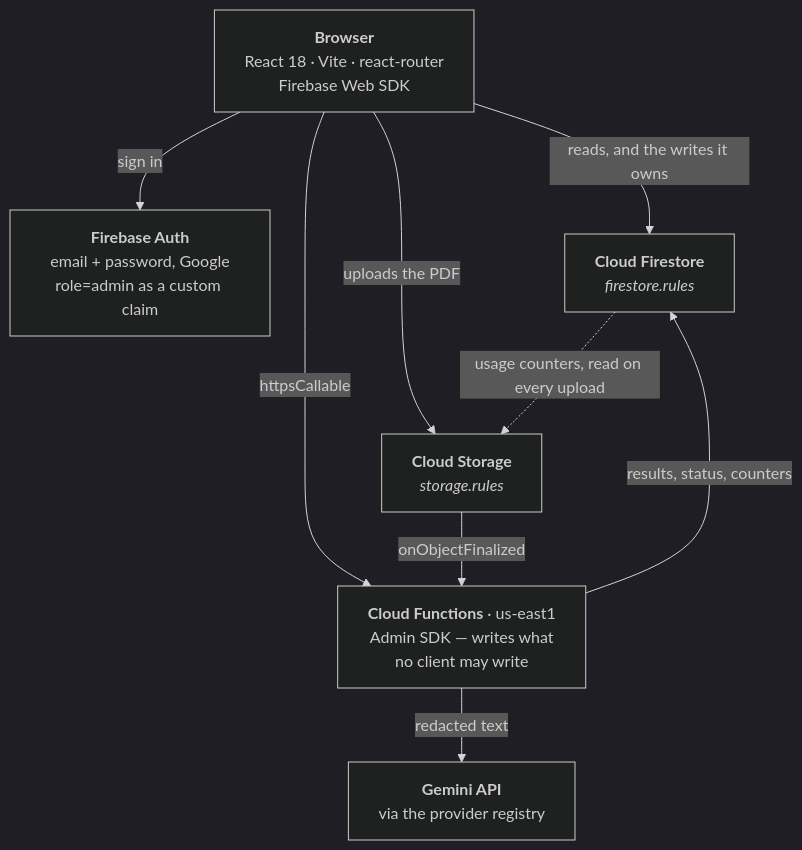
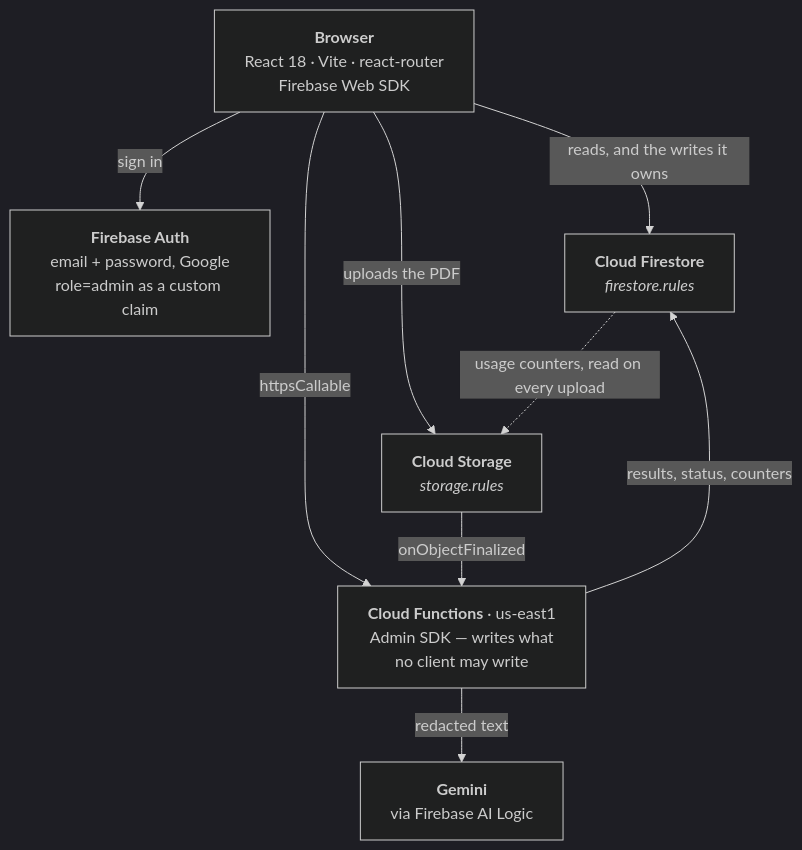
One commit to jestrade/lab-results changed the diagram in README.md. Above: the diagram before and after it, drawn with Mermaid (dark theme). The commit also changed other lines of this file and 14 other files, not shown here.

````diff
--- a/README.md
+++ b/README.md
@@ -43,15 +43,15 @@
 ```mermaid
 graph TD
   B["<b>Browser</b><br/>React 18 · Vite · react-router<br/>Firebase Web SDK"]
 
   B -->|"sign in"| AUTH["<b>Firebase Auth</b><br/>email + password, Google<br/>role=admin as a custom claim"]
   B -->|"reads, and the writes it owns"| FS["<b>Cloud Firestore</b><br/><i>firestore.rules</i>"]
   B -->|"uploads the PDF"| ST["<b>Cloud Storage</b><br/><i>storage.rules</i>"]
   B -->|"httpsCallable"| CF
 
   ST -->|"onObjectFinalized"| CF["<b>Cloud Functions</b> · us-east1<br/>Admin SDK — writes what<br/>no client may write"]
   CF -->|"results, status, counters"| FS
-  CF -->|"redacted text"| AI["<b>Gemini API</b><br/>via the provider registry"]
+  CF -->|"redacted text"| AI["<b>Gemini</b><br/>via Firebase AI Logic"]
 
   FS -.->|"usage counters, read on every upload"| ST
 ```
````
